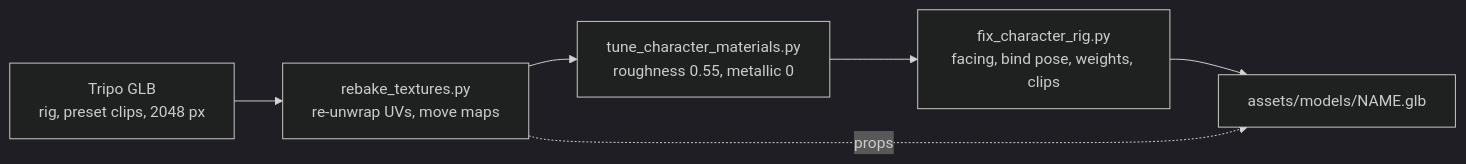
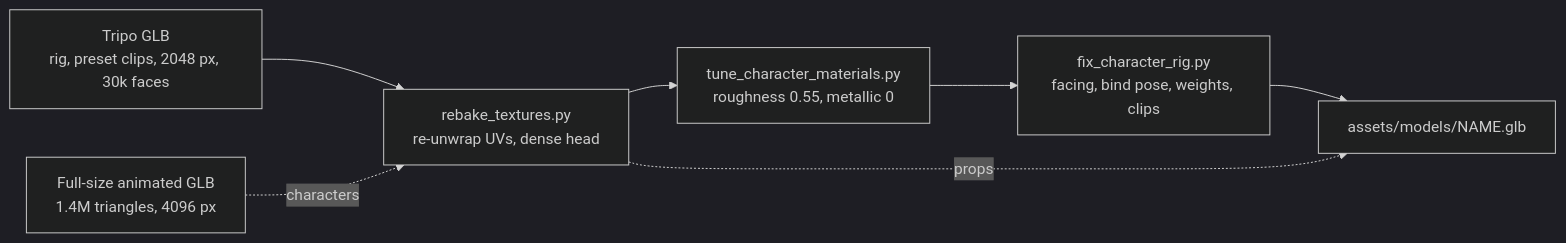
The second of 5 diagrams in docs/asset-pipeline.md (jgyy/trixian), drawn with Mermaid (dark theme) before and after one commit. The commit also changed other lines of this file and 26 other files, not shown here.

````diff
--- a/docs/asset-pipeline.md
+++ b/docs/asset-pipeline.md
@@ -43,8 +45,9 @@
 ```mermaid
 flowchart LR
-    tripo["Tripo GLB<br/>rig, preset clips, 2048 px"] --> rebake["rebake_textures.py<br/>re-unwrap UVs, move maps"]
+    tripo["Tripo GLB<br/>rig, preset clips, 2048 px, 30k faces"] --> rebake["rebake_textures.py<br/>re-unwrap UVs, dense head"]
+    full["Full-size animated GLB<br/>1.4M triangles, 4096 px"] -. characters .-> rebake
     rebake --> tune["tune_character_materials.py<br/>roughness 0.55, metallic 0"]
     tune --> fix["fix_character_rig.py<br/>facing, bind pose, weights, clips"]
     fix --> repo["assets/models/NAME.glb"]
     rebake -. props .-> repo
 ```
````
